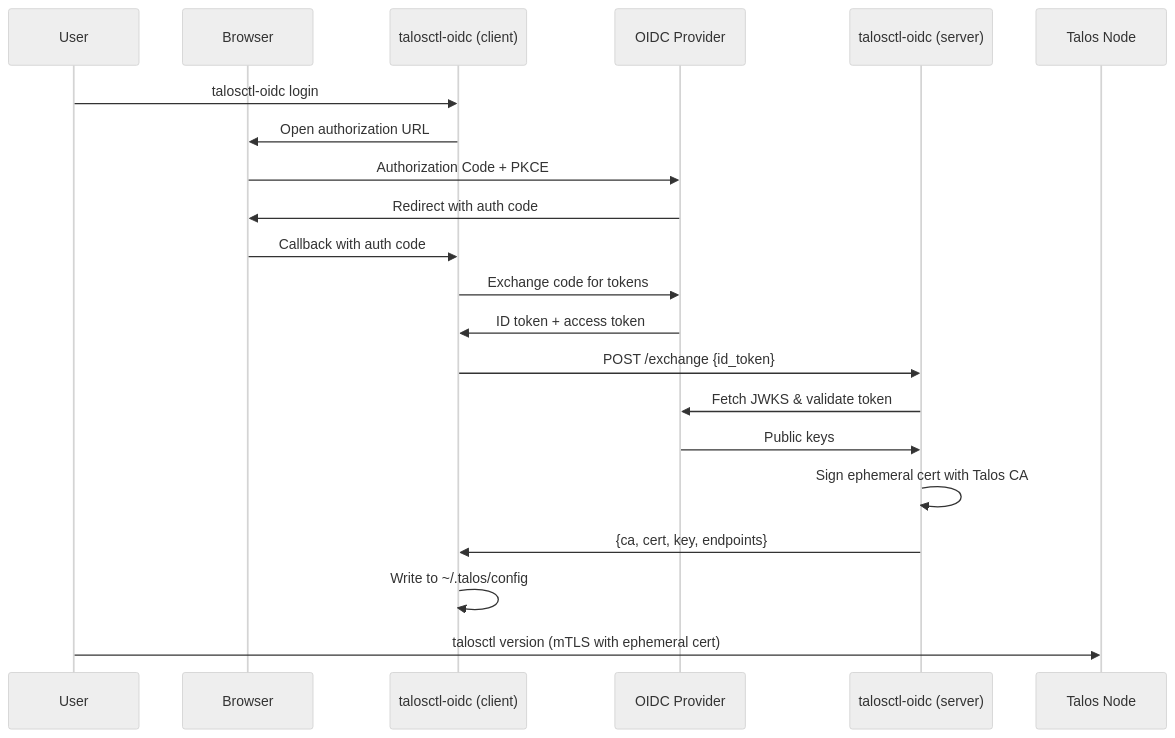
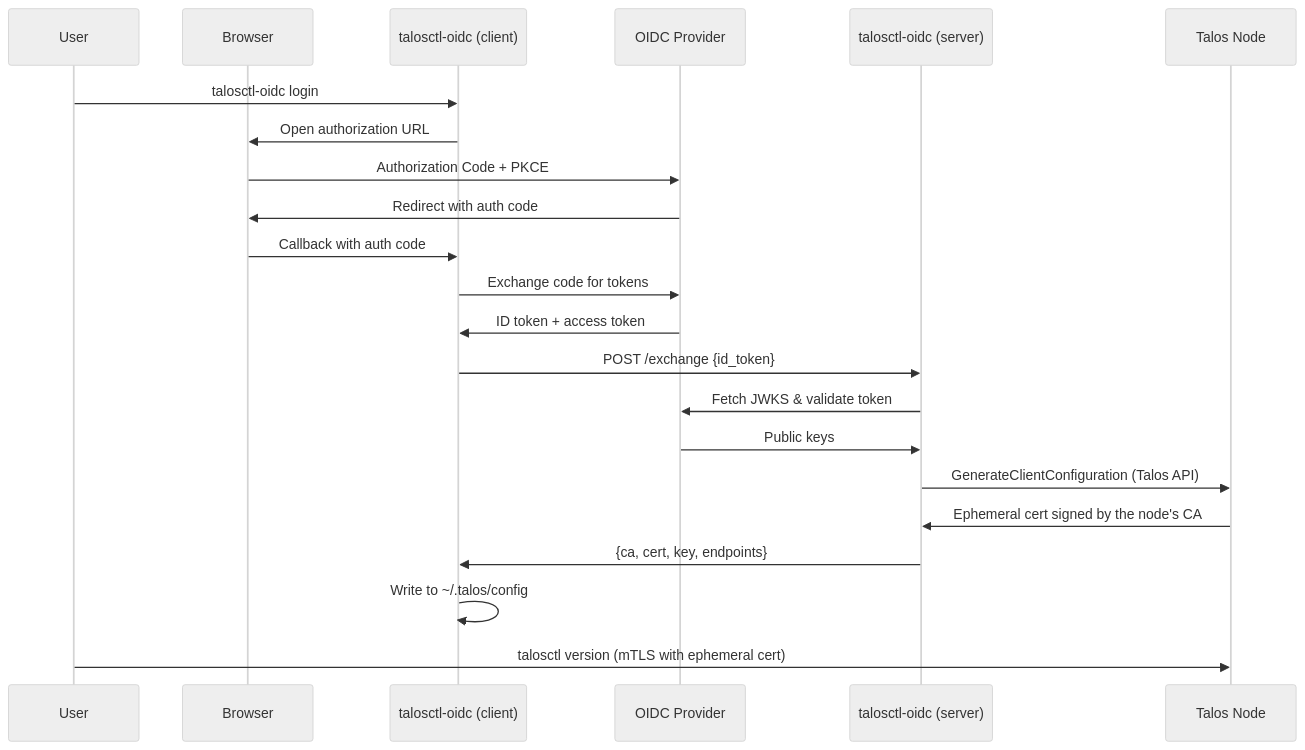
The diagram in README.md (qjoly/talosctl-oidc), drawn with Mermaid (neutral theme) before and after one commit. The commit also changed other lines of this file and 28 other files, not shown here.

Commit message:
ggfeat: issue certificates via the Talos API instead of holding the CA (#122)

````diff
--- a/README.md
+++ b/README.md
@@ -18,24 +18,25 @@
 ```mermaid
 sequenceDiagram
     participant User
     participant Browser
     participant Client as talosctl-oidc (client)
     participant OIDC as OIDC Provider
     participant Server as talosctl-oidc (server)
     participant Talos as Talos Node
 
     User->>Client: talosctl-oidc login
     Client->>Browser: Open authorization URL
     Browser->>OIDC: Authorization Code + PKCE
     OIDC->>Browser: Redirect with auth code
     Browser->>Client: Callback with auth code
     Client->>OIDC: Exchange code for tokens
     OIDC->>Client: ID token + access token
     Client->>Server: POST /exchange {id_token}
     Server->>OIDC: Fetch JWKS & validate token
     OIDC->>Server: Public keys
-    Server->>Server: Sign ephemeral cert with Talos CA
+    Server->>Talos: GenerateClientConfiguration (Talos API)
+    Talos->>Server: Ephemeral cert signed by the node's CA
     Server->>Client: {ca, cert, key, endpoints}
     Client->>Client: Write to ~/.talos/config
     User->>Talos: talosctl version (mTLS with ephemeral cert)
 ```
````
